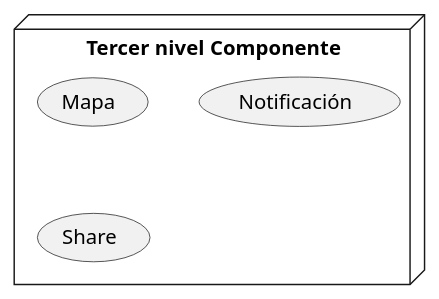
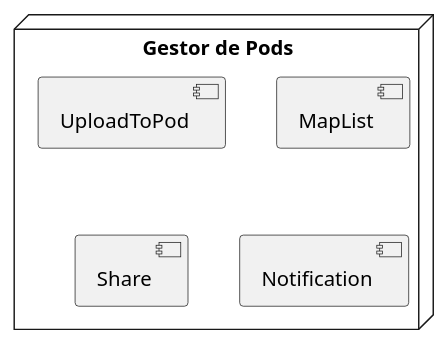
The fourth of 4 diagrams in src/docs/05_building_block_view.adoc (Arquisoft/viade_es1a), drawn with PlantUML before and after one commit. The commit also changed other lines of this file and 2 other files, not shown here.

```diff
--- a/src/docs/05_building_block_view.adoc
+++ b/src/docs/05_building_block_view.adoc
@@ -70,11 +74,12 @@
 [plantuml,Tercer nivel componente,png]
 ----
 @startuml
-node "Tercer nivel Componente"{
-    (Mapa)
-    (Notificación)
-    (Share)
-}
+  node "Gestor de Pods" as pods{
+    [UploadToPod]
+    [MapList]
+    [Share]
+    [Notification]
+  }
 @enduml
 
 ----
```
